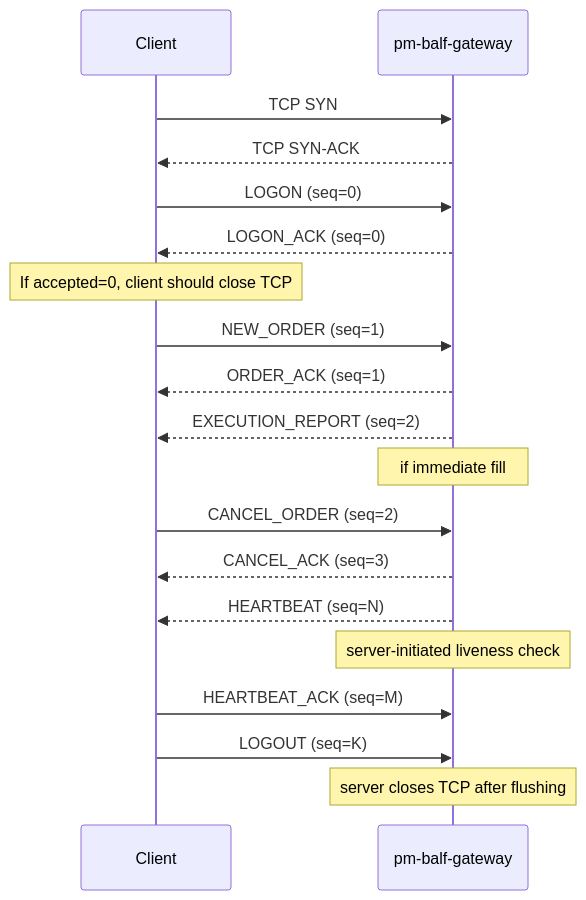
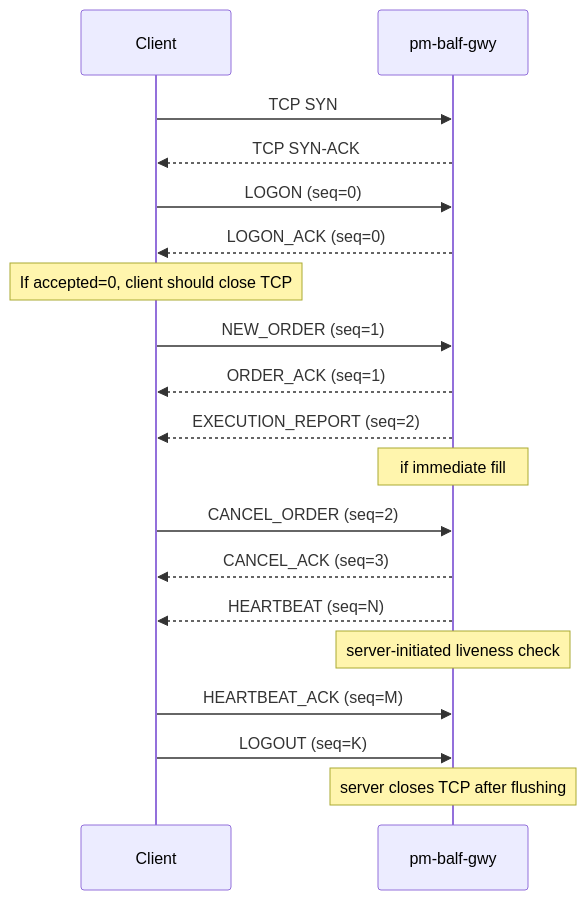
The diagram in docs/user-guide/91-app-balf-protocol.md (johan162/EduMatcher), drawn with Mermaid before and after one commit. The commit also changed other lines of this file and 10 other files, not shown here.

````diff
--- a/docs/user-guide/91-app-balf-protocol.md
+++ b/docs/user-guide/91-app-balf-protocol.md
@@ -466,27 +466,27 @@
 ```mermaid
 sequenceDiagram
     participant Client
-    participant Gateway as pm-balf-gateway
+    participant Gateway as pm-balf-gwy
 
     Client->>Gateway: TCP SYN
     Gateway-->>Client: TCP SYN-ACK
 
     Client->>Gateway: LOGON (seq=0)
     Gateway-->>Client: LOGON_ACK (seq=0)
     Note over Client: If accepted=0, client should close TCP
 
     Client->>Gateway: NEW_ORDER (seq=1)
     Gateway-->>Client: ORDER_ACK (seq=1)
     Gateway-->>Client: EXECUTION_REPORT (seq=2)
     Note over Gateway: if immediate fill
 
     Client->>Gateway: CANCEL_ORDER (seq=2)
     Gateway-->>Client: CANCEL_ACK (seq=3)
 
     Gateway-->>Client: HEARTBEAT (seq=N)
     Note over Gateway: server-initiated liveness check
     Client->>Gateway: HEARTBEAT_ACK (seq=M)
 
     Client->>Gateway: LOGOUT (seq=K)
     Note over Gateway: server closes TCP after flushing
 ```
````
